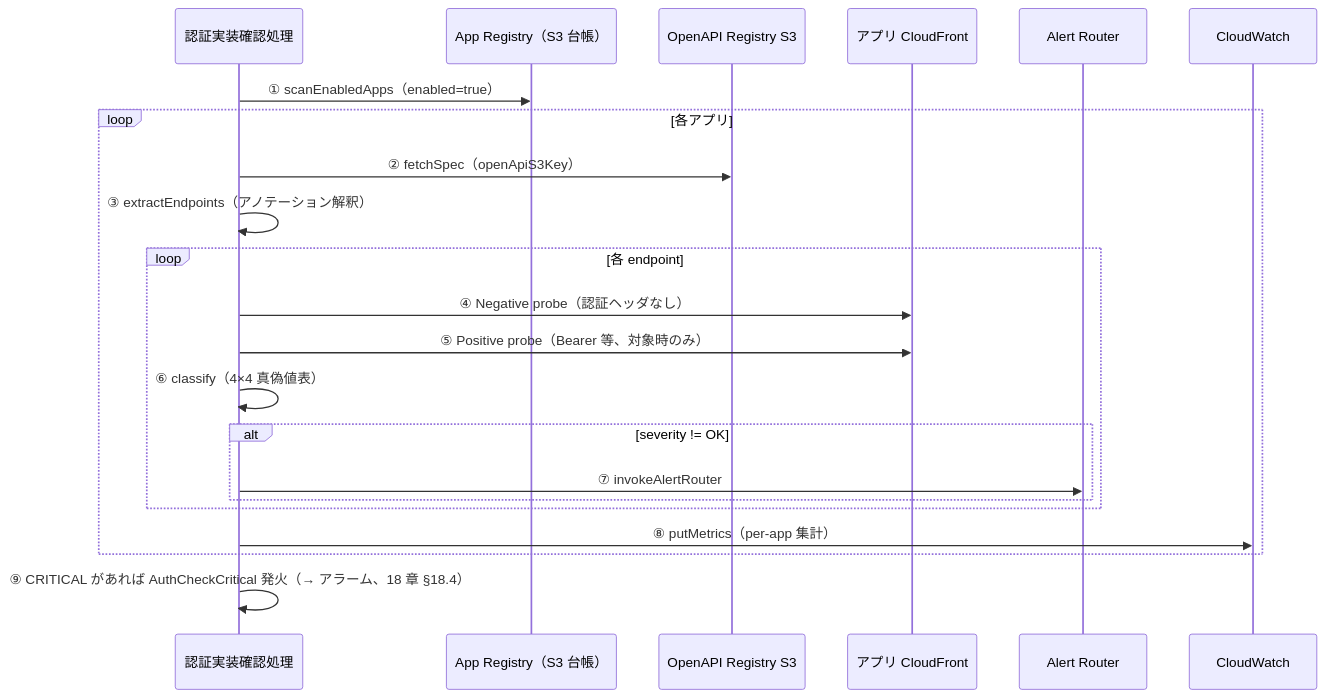
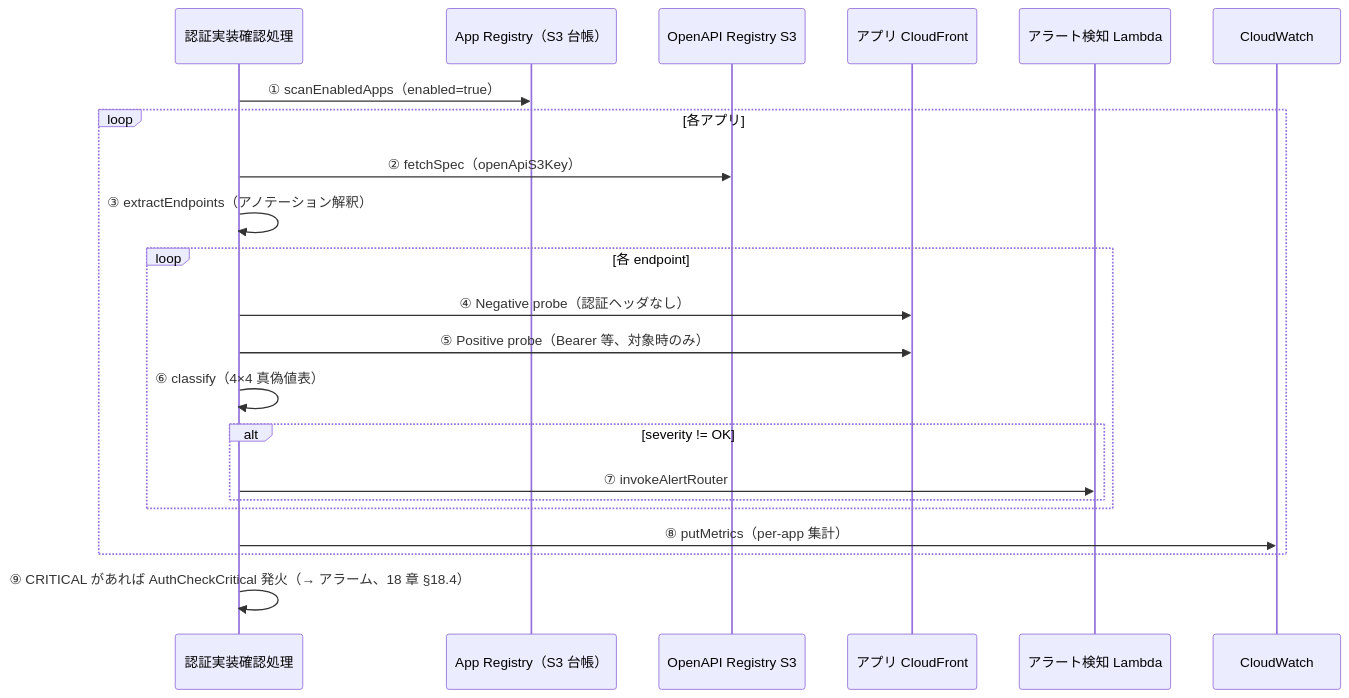
The diagram in doc/api-platform/basic-design/11-central-probe-architecture.md (suepie/aws-atuh-poc), drawn with Mermaid before and after one commit. The commit also changed other lines of this file and 23 other files, not shown here.

````diff
--- a/doc/api-platform/basic-design/11-central-probe-architecture.md
+++ b/doc/api-platform/basic-design/11-central-probe-architecture.md
@@ -21,25 +21,25 @@
 ```mermaid
 sequenceDiagram
     participant CC as 認証実装確認処理
     participant Reg as App Registry（S3 台帳）
     participant OAR as OpenAPI Registry S3
     participant CF as アプリ CloudFront
-    participant AR as Alert Router
+    participant AR as アラート検知 Lambda
     participant CW as CloudWatch
 
     CC->>Reg: ① scanEnabledApps（enabled=true）
     loop 各アプリ
         CC->>OAR: ② fetchSpec（openApiS3Key）
         CC->>CC: ③ extractEndpoints（アノテーション解釈）
         loop 各 endpoint
             CC->>CF: ④ Negative probe（認証ヘッダなし）
             CC->>CF: ⑤ Positive probe（Bearer 等、対象時のみ）
             CC->>CC: ⑥ classify（4×4 真偽値表）
             alt severity != OK
                 CC->>AR: ⑦ invokeAlertRouter
             end
         end
         CC->>CW: ⑧ putMetrics（per-app 集計）
     end
     CC->>CC: ⑨ CRITICAL があれば AuthCheckCritical 発火（→ アラーム、18 章 §18.4）
 ```
````
